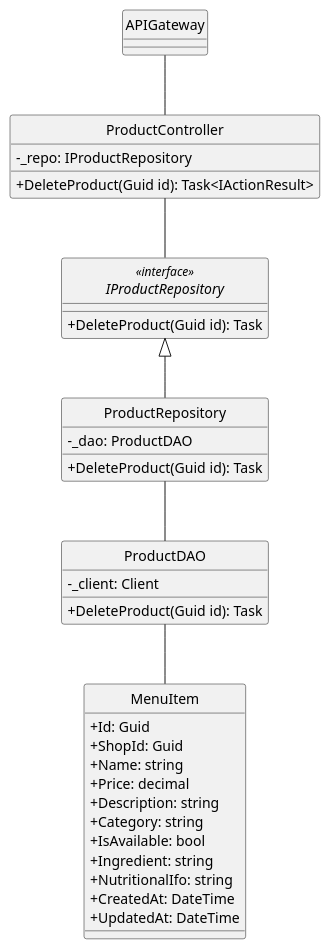
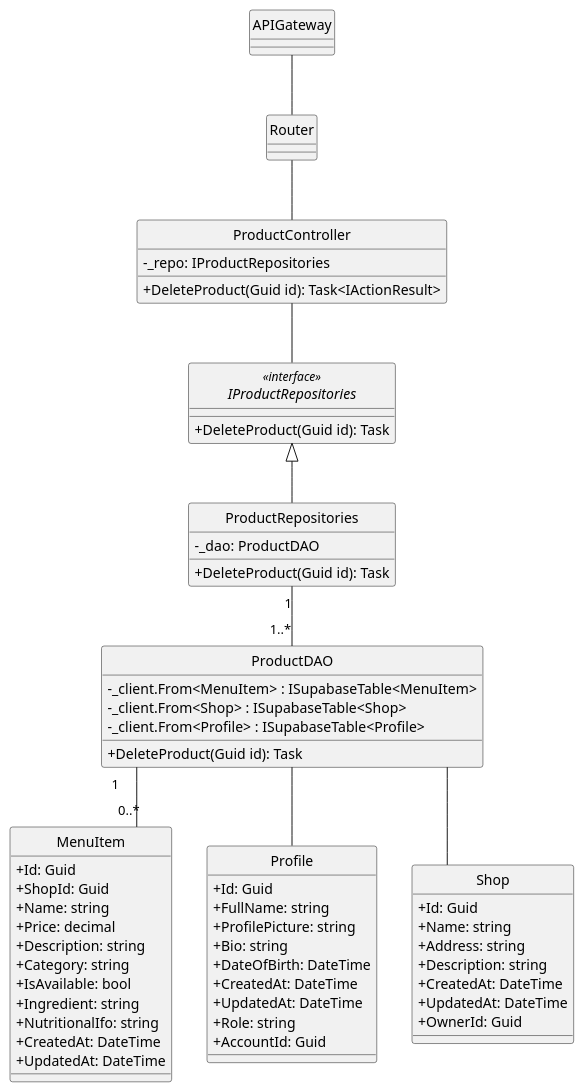
Before and after one commit to minhnhut23/FPT-OBOMS: the diagram in docs/ClassDiagram/Product/DeleteProduct.plantuml, drawn with PlantUML. The commit also changed 9 other files, not shown here.

Commit message:
Product + Shop

```diff
--- a/docs/ClassDiagram/Product/DeleteProduct.plantuml
+++ b/docs/ClassDiagram/Product/DeleteProduct.plantuml
@@ -1,49 +1,77 @@
 @startuml
 hide circle
 skinparam classAttributeIconSize 0
 skinparam linetype ortho
 
 class APIGateway {
 }
 
+class Router {
+}
+
 class ProductController {
-    - _repo: IProductRepository
+    - _repo: IProductRepositories
     + DeleteProduct(Guid id): Task<IActionResult>
 }
 
-interface IProductRepository<<interface>> {
+interface IProductRepositories<<interface>> {
     + DeleteProduct(Guid id): Task
 }
 
-class ProductRepository {
+class ProductRepositories {
     - _dao: ProductDAO
     + DeleteProduct(Guid id): Task
 }
 
 class ProductDAO {
-    - _client: Client
+    - _client.From<MenuItem> : ISupabaseTable<MenuItem>
+    - _client.From<Shop> : ISupabaseTable<Shop>
+    - _client.From<Profile> : ISupabaseTable<Profile>
     + DeleteProduct(Guid id): Task
 }
 
 class MenuItem {
     + Id: Guid
     + ShopId: Guid
     + Name: string
     + Price: decimal
     + Description: string
     + Category: string
     + IsAvailable: bool
     + Ingredient: string
     + NutritionalIfo: string
     + CreatedAt: DateTime
     + UpdatedAt: DateTime
 }
 
+class Profile {
+    + Id: Guid
+    + FullName: string
+    + ProfilePicture: string
+    + Bio: string
+    + DateOfBirth: DateTime
+    + CreatedAt: DateTime
+    + UpdatedAt: DateTime
+    + Role: string
+    + AccountId: Guid
+}
 
+class Shop {
+    + Id: Guid
+    + Name: string
+    + Address: string
+    + Description: string
+    + CreatedAt: DateTime
+    + UpdatedAt: DateTime
+    + OwnerId: Guid
+}
 
-APIGateway -- ProductController
-ProductController -- IProductRepository
-IProductRepository <|-- ProductRepository
-ProductRepository -- ProductDAO
-ProductDAO -- MenuItem
+APIGateway -- Router
+Router -- ProductController
+ProductController -- IProductRepositories
+IProductRepositories <|-- ProductRepositories
+ProductRepositories "1"--"1..*" ProductDAO
+ProductDAO "1" -- "0..*" MenuItem
+ProductDAO -- Shop
+ProductDAO  --  Profile
 @enduml
```
